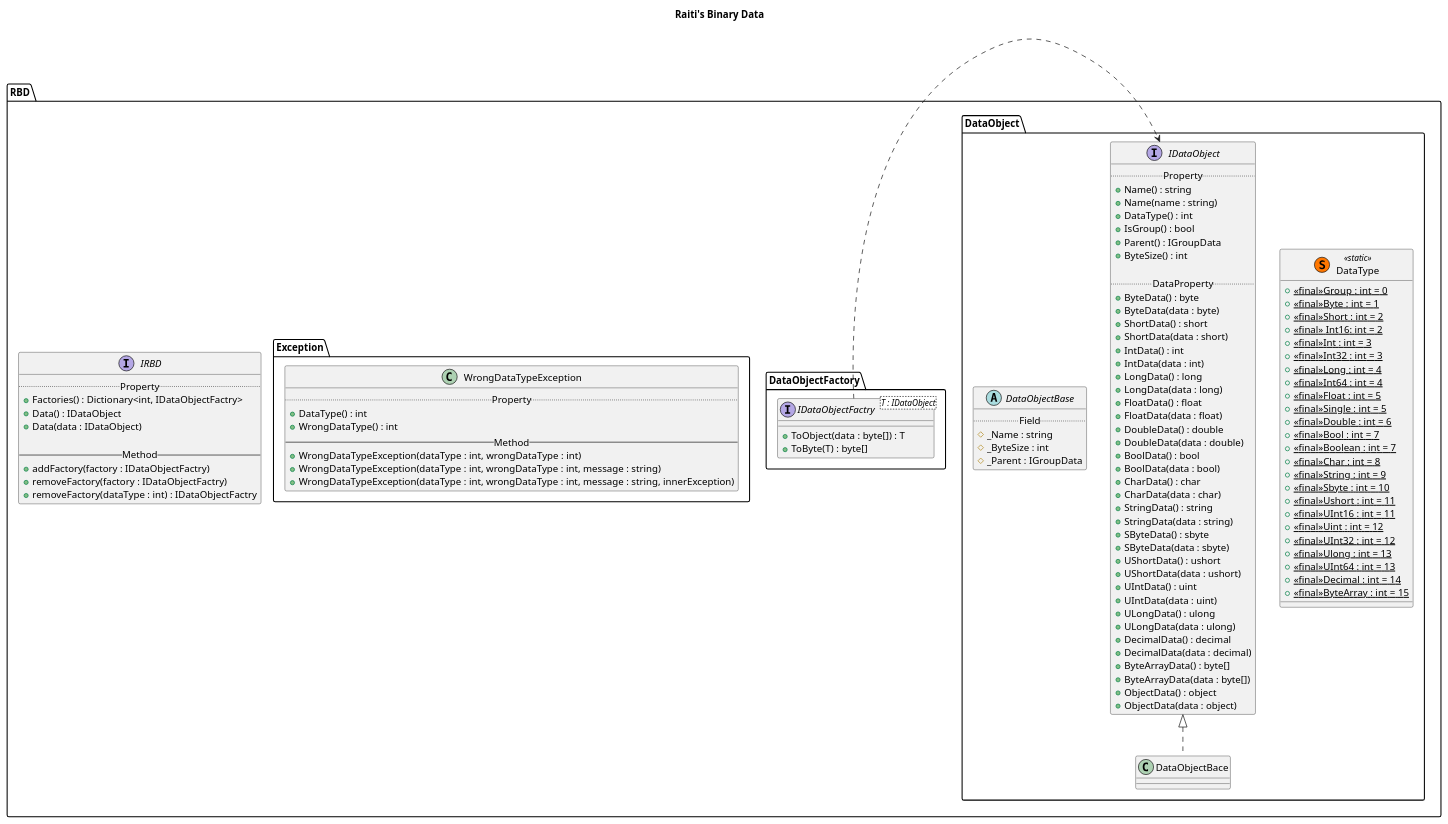
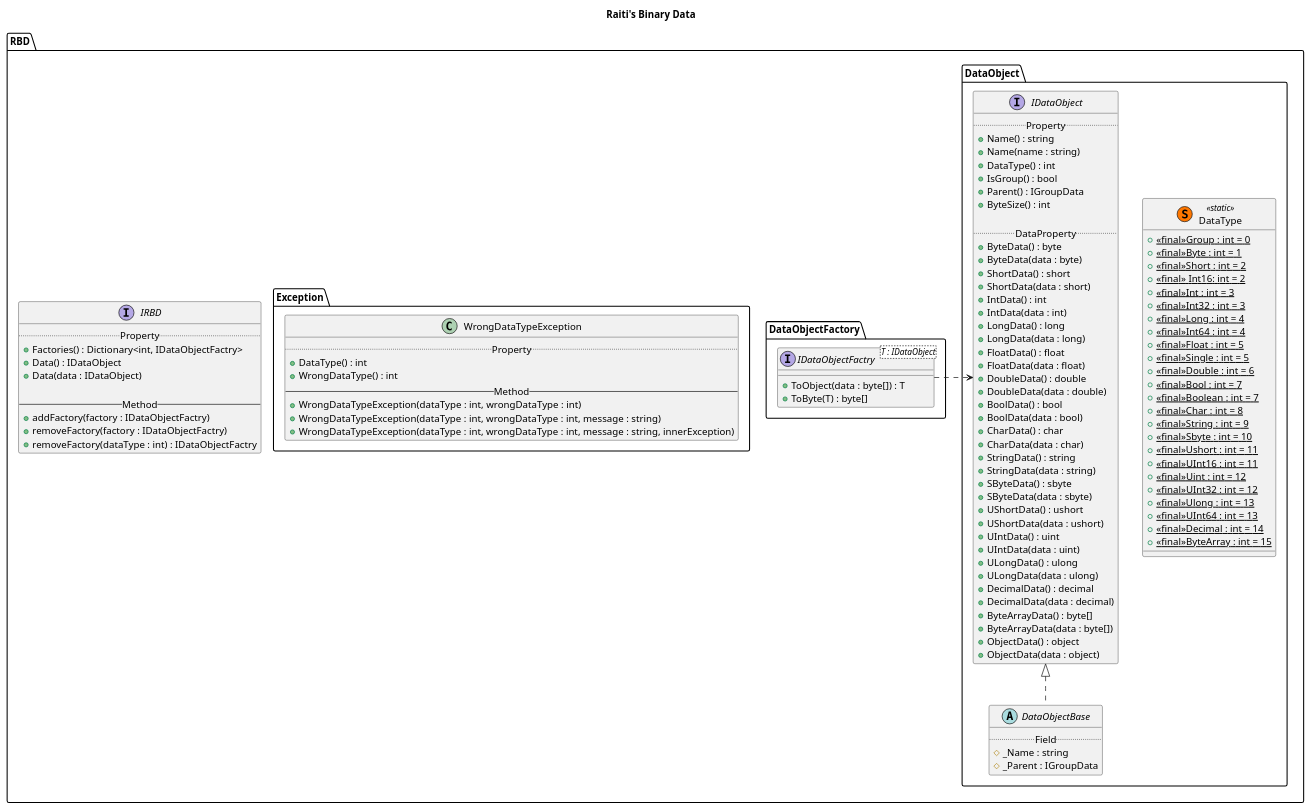
One commit to raiti-chan/CHUNITHM-Emulator changed the diagram in Raitis Binary Data/ClassDiagram.wsd. Above: the diagram before and after it, drawn with PlantUML. The commit also changed 1 other file, not shown here.

```diff
--- a/Raitis Binary Data/ClassDiagram.wsd
+++ b/Raitis Binary Data/ClassDiagram.wsd
@@ -1,123 +1,122 @@
 @startuml {RBDClassDiagram.png}
 title Raiti's Binary Data
 namespace RBD {
 
 	interface IRBD {
 		..Property..
 		+Factories() : Dictionary<int, IDataObjectFactry>
 		+Data() : IDataObject
 		+Data(data : IDataObject)
 
 		--Method--
 		+addFactory(factory : IDataObjectFactry)
 		+removeFactory(factory : IDataObjectFactry)
 		+removeFactory(dataType : int) : IDataObjectFactry
 	}
 
 	
 	namespace DataObject{
 
 		interface IDataObject {
 			..Property..
 			+Name() : string
 			+Name(name : string)
 			+DataType() : int
 			+IsGroup() : bool
 			+Parent() : IGroupData
 			+ByteSize() : int
 
 			..DataProperty..
 			+ByteData() : byte
 			+ByteData(data : byte)
 			+ShortData() : short
 			+ShortData(data : short)
 			+IntData() : int
 			+IntData(data : int) 
 			+LongData() : long
 			+LongData(data : long)
 			+FloatData() : float
 			+FloatData(data : float)
 			+DoubleData() : double
 			+DoubleData(data : double)
 			+BoolData() : bool
 			+BoolData(data : bool)
 			+CharData() : char
 			+CharData(data : char)
 			+StringData() : string
 			+StringData(data : string)
 			+SByteData() : sbyte
 			+SByteData(data : sbyte)
 			+UShortData() : ushort
 			+UShortData(data : ushort)
 			+UIntData() : uint
 			+UIntData(data : uint)
 			+ULongData() : ulong
 			+ULongData(data : ulong)
 			+DecimalData() : decimal
 			+DecimalData(data : decimal)
 			+ByteArrayData() : byte[]
 			+ByteArrayData(data : byte[])
 			+ObjectData() : object
 			+ObjectData(data : object)
 		}
 
 		abstract DataObjectBase {
 			..Field..
 			#_Name : string
-			#_ByteSize : int
 			#_Parent : IGroupData
 		}
 
-		IDataObject <|.. DataObjectBace
+		IDataObject <|.. DataObjectBase
 
 		class DataType <<(S,#FF7700)static>> {
 			+{static}<<final>>Group : int = 0
 			+{static}<<final>>Byte : int = 1
 			+{static}<<final>>Short : int = 2
 			+{static}<<final>> Int16: int = 2
 			+{static}<<final>>Int : int = 3
 			+{static}<<final>>Int32 : int = 3
 			+{static}<<final>>Long : int = 4
 			+{static}<<final>>Int64 : int = 4
 			+{static}<<final>>Float : int = 5
 			+{static}<<final>>Single : int = 5
 			+{static}<<final>>Double : int = 6
 			+{static}<<final>>Bool : int = 7
 			+{static}<<final>>Boolean : int = 7
 			+{static}<<final>>Char : int = 8
 			+{static}<<final>>String : int = 9
 			+{static}<<final>>Sbyte : int = 10
 			+{static}<<final>>Ushort : int = 11
 			+{static}<<final>>UInt16 : int = 11
 			+{static}<<final>>Uint : int = 12
 			+{static}<<final>>UInt32 : int = 12
 			+{static}<<final>>Ulong : int = 13
 			+{static}<<final>>UInt64 : int = 13
 			+{static}<<final>>Decimal : int = 14
 			+{static}<<final>>ByteArray : int = 15
 		}
 
 		IDataObject -[hidden]right- DataType
 	}
 
 	namespace DataObjectFactory  {
 		interface IDataObjectFactry<T : IDataObject> {
 			+ToObject(data : byte[]) : T
 			+ToByte(T) : byte[]
 		}
 		IDataObjectFactry .right.> RBD.DataObject.IDataObject
 	}
 
 	namespace Exception {
 		class WrongDataTypeException {
 			..Property..
 			+DataType() : int
 			+WrongDataType() : int
 			--Method--
 			+WrongDataTypeException(dataType : int, wrongDataType : int)
 			+WrongDataTypeException(dataType : int, wrongDataType : int, message : string)
 			+WrongDataTypeException(dataType : int, wrongDataType : int, message : string, innerException)
 		}
 	}
 }
 @enduml
```
